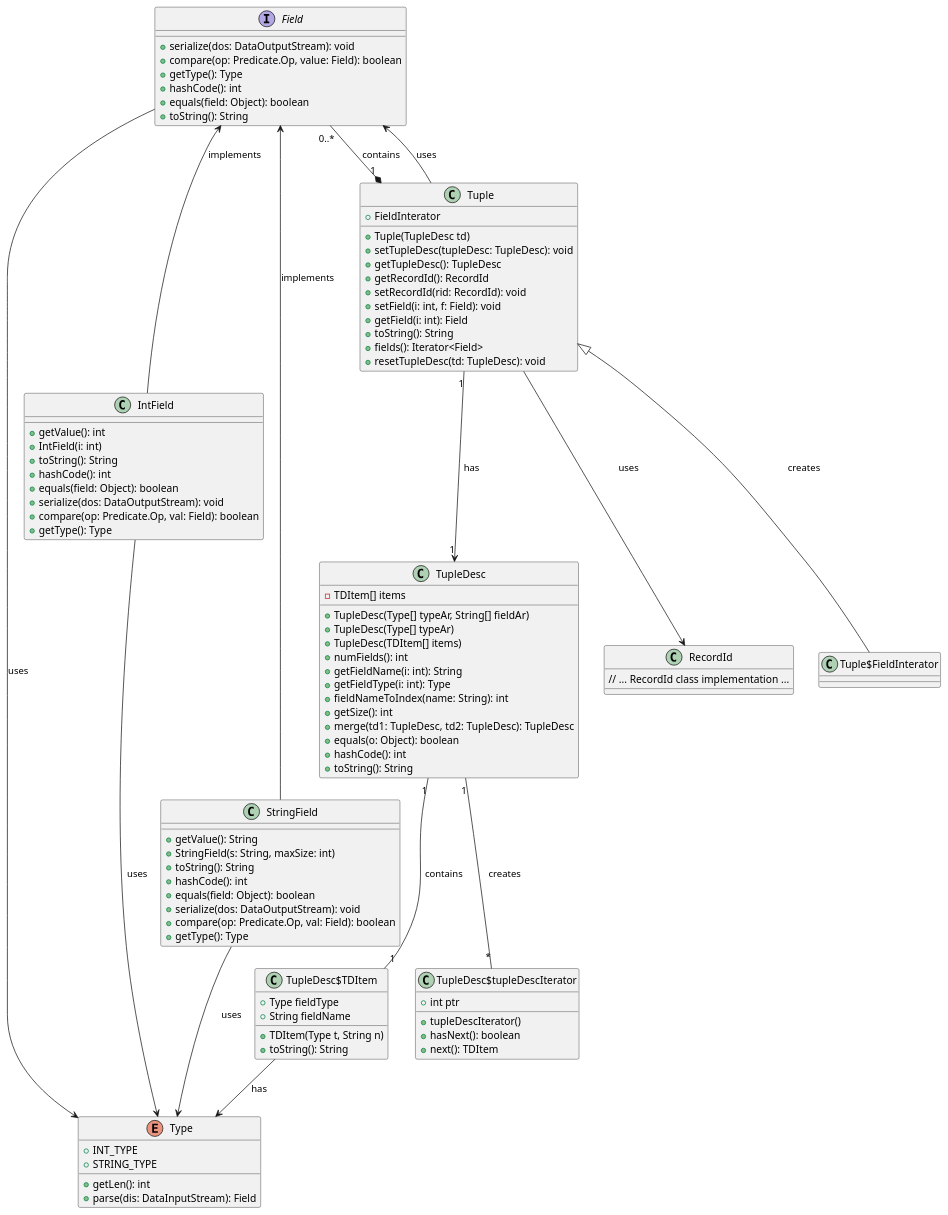
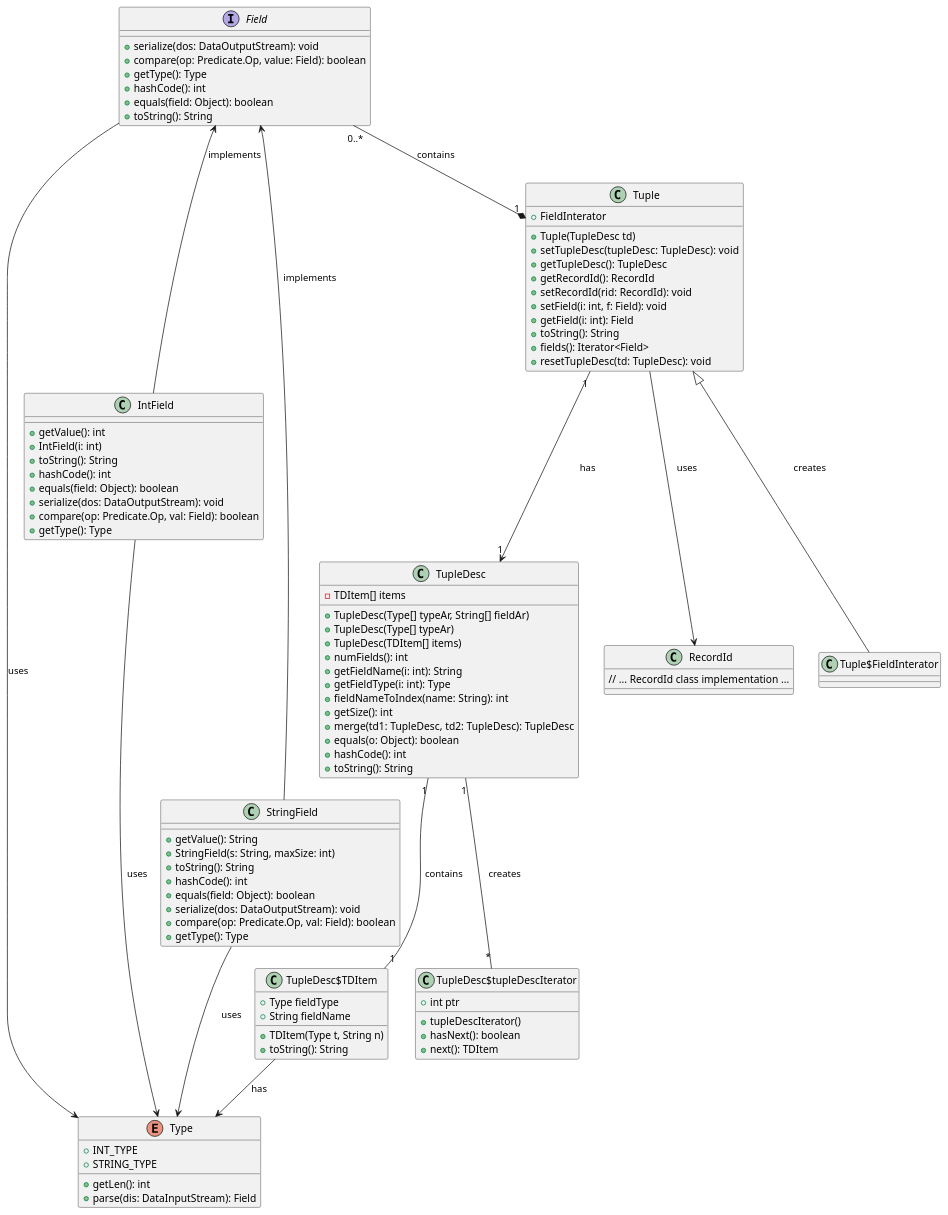
Before and after one commit to kechenkristin/myDB: the diagram in puml/lab1/ex1.puml, drawn with PlantUML. The commit also changed 4 other files, not shown here.

```diff
--- a/puml/lab1/ex1.puml
+++ b/puml/lab1/ex1.puml
@@ -1,105 +1,104 @@
 @startuml
 class TupleDesc {
   - TDItem[] items
   +TupleDesc(Type[] typeAr, String[] fieldAr)
   +TupleDesc(Type[] typeAr)
   +TupleDesc(TDItem[] items)
   +numFields(): int
   +getFieldName(i: int): String
   +getFieldType(i: int): Type
   +fieldNameToIndex(name: String): int
   +getSize(): int
   +merge(td1: TupleDesc, td2: TupleDesc): TupleDesc
   +equals(o: Object): boolean
   +hashCode(): int
   +toString(): String
 }
 
 class TupleDesc$TDItem {
   +Type fieldType
   +String fieldName
   +TDItem(Type t, String n)
   +toString(): String
 }
 
 class TupleDesc$tupleDescIterator {
   +int ptr
   +tupleDescIterator()
   +hasNext(): boolean
   +next(): TDItem
 }
 
 enum Type {
   +INT_TYPE
   +STRING_TYPE
   +getLen(): int
   +parse(dis: DataInputStream): Field
 }
 
 interface Field {
   +serialize(dos: DataOutputStream): void
   +compare(op: Predicate.Op, value: Field): boolean
   +getType(): Type
   +hashCode(): int
   +equals(field: Object): boolean
   +toString(): String
 }
 
 class IntField {
   +getValue(): int
   +IntField(i: int)
   +toString(): String
   +hashCode(): int
   +equals(field: Object): boolean
   +serialize(dos: DataOutputStream): void
   +compare(op: Predicate.Op, val: Field): boolean
   +getType(): Type
 }
 
 class StringField {
   +getValue(): String
   +StringField(s: String, maxSize: int)
   +toString(): String
   +hashCode(): int
   +equals(field: Object): boolean
   +serialize(dos: DataOutputStream): void
   +compare(op: Predicate.Op, val: Field): boolean
   +getType(): Type
 }
 
 class Tuple {
   +Tuple(TupleDesc td)
   +setTupleDesc(tupleDesc: TupleDesc): void
   +getTupleDesc(): TupleDesc
   +getRecordId(): RecordId
   +setRecordId(rid: RecordId): void
   +setField(i: int, f: Field): void
   +getField(i: int): Field
   +toString(): String
   +fields(): Iterator<Field>
   +resetTupleDesc(td: TupleDesc): void
   +FieldInterator
 }
 
 class RecordId {
   // ... RecordId class implementation ...
 }
 
 Tuple "1" --> "1" TupleDesc : has
 
 Tuple --> RecordId : uses
-Tuple --> Field : uses
 Field --> Type : uses
 IntField --> Type : uses
 StringField --> Type : uses
 Field <-- IntField : implements
 Field <-- StringField : implements
 
 Tuple "1" *-up- "0..*" Field : contains
 Tuple <|-down- Tuple$FieldInterator : creates
 
 TupleDesc "1" -- "1" TupleDesc$TDItem : contains
 TupleDesc "1" -- "*" TupleDesc$tupleDescIterator : creates
 
 TupleDesc$TDItem --> Type: has
 @enduml
```
